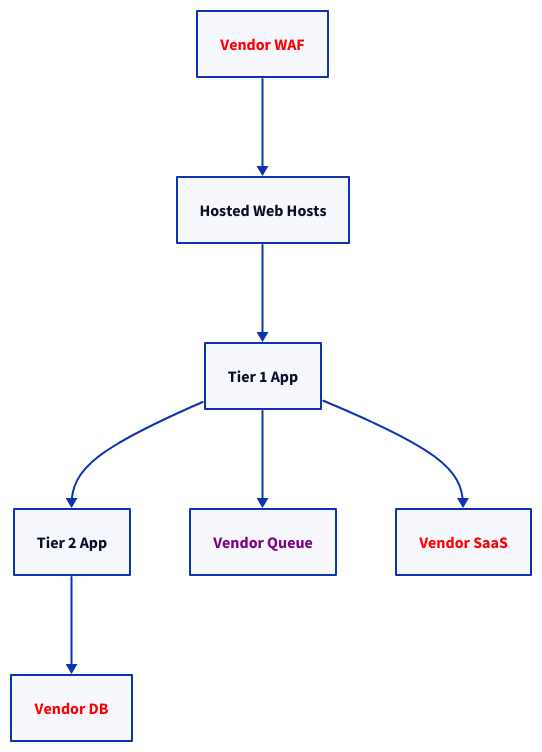
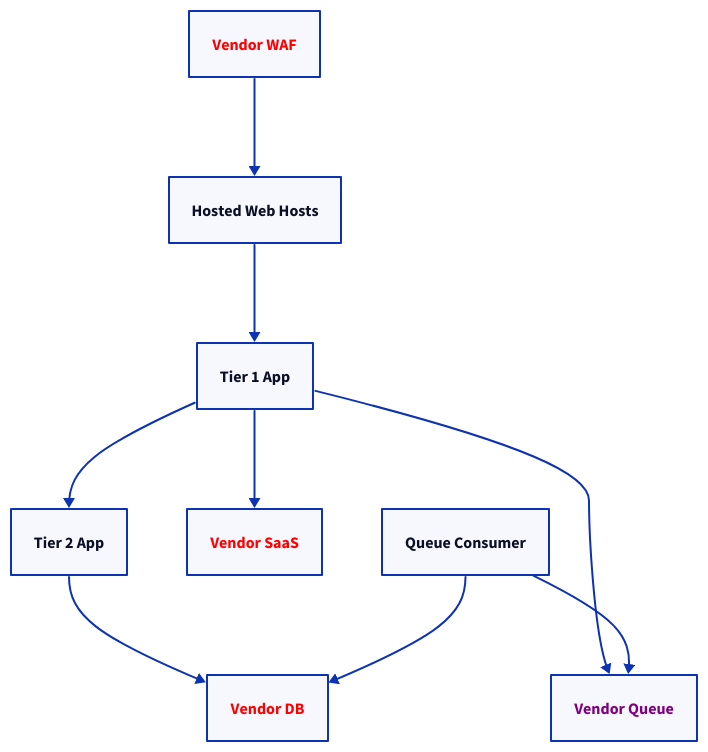
The diagram in diagram.d2 (howardyoo/o11y-demo), drawn with D2 before and after one commit. The commit also changed 9 other files, not shown here.

```diff
--- a/diagram.d2
+++ b/diagram.d2
@@ -1,27 +1,33 @@
 waf: Vendor WAF {
   style: {font-color: red}
 }
 
 web: Hosted Web Hosts
 
 t1: Tier 1 App
 
 t2: Tier 2 App
 
 db: Vendor DB {
   style: {font-color: red}
 }
 
 q: Vendor Queue {
   style: {font-color: purple}
 }
 
 s: Vendor SaaS {
   style: {font-color: red}
 }
 
+cons: Queue Consumer
+
 waf -> web -> t1 -> t2 -> db
 
 t1 -> q
 
 t1 -> s
+
+cons -> q
+
+cons -> db
```
